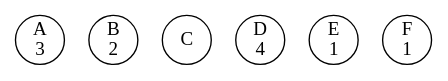
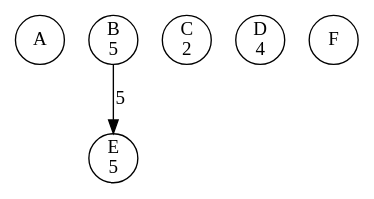
One commit to li23179/GO changed the diagram in concurrency-lab-2/bank/out/0000000004.gv. Above: the diagram before and after it, drawn with Graphviz. The commit also changed 76 other files, not shown here.

```diff
--- a/concurrency-lab-2/bank/out/0000000004.gv
+++ b/concurrency-lab-2/bank/out/0000000004.gv
@@ -1,8 +1,9 @@
 digraph bank {
-	 0 [label= "A\n3" , pos= "1,0!" , shape=circle, fixedsize=true, width=0.5 ]
-	 1 [label= "B\n2" , pos= "0,1!" , shape=circle, fixedsize=true, width=0.5 ]
-	 2 [label= "C\n" , pos= "1,2!" , shape=circle, fixedsize=true, width=0.5 ]
+	 0 [label= "A\n" , pos= "1,0!" , shape=circle, fixedsize=true, width=0.5 ]
+	 1 [label= "B\n5" , pos= "0,1!" , shape=circle, fixedsize=true, width=0.5 ]
+	 2 [label= "C\n2" , pos= "1,2!" , shape=circle, fixedsize=true, width=0.5 ]
 	 3 [label= "D\n4" , pos= "2,2!" , shape=circle, fixedsize=true, width=0.5 ]
-	 4 [label= "E\n1" , pos= "3,1!" , shape=circle, fixedsize=true, width=0.5 ]
-	 5 [label= "F\n1" , pos= "2,0!" , shape=circle, fixedsize=true, width=0.5 ]
+	 4 [label= "E\n5" , pos= "3,1!" , shape=circle, fixedsize=true, width=0.5 ]
+	 5 [label= "F\n" , pos= "2,0!" , shape=circle, fixedsize=true, width=0.5 ]
+	 "1" -> "4" [label= "5" ]
 }
```
